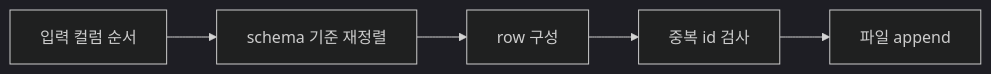
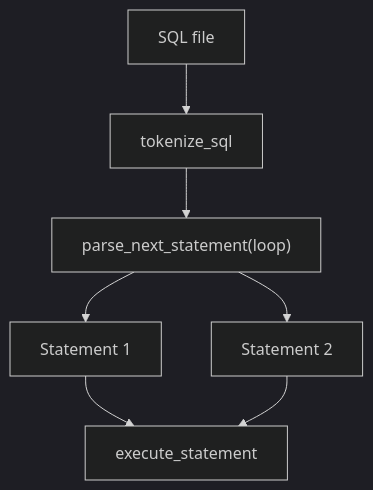
One commit to whiskend/sql-parser-engine changed the fifth of 11 diagrams in README.md. Above: the diagram before and after it, drawn with Mermaid (dark theme). The commit also changed other lines of this file and 1 other file, not shown here.

````diff
--- a/README.md
+++ b/README.md
@@ -121,7 +85,9 @@
 ```mermaid
-flowchart LR
-    A["입력 컬럼 순서"] --> B["schema 기준 재정렬"]
-    B --> C["row 구성"]
-    C --> D["중복 id 검사"]
-    D --> E["파일 append"]
+flowchart TD
+    A["SQL file"] --> B["tokenize_sql"]
+    B --> C["parse_next_statement(loop)"]
+    C --> D["Statement 1"]
+    C --> E["Statement 2"]
+    D --> F["execute_statement"]
+    E --> F
 ```
````
